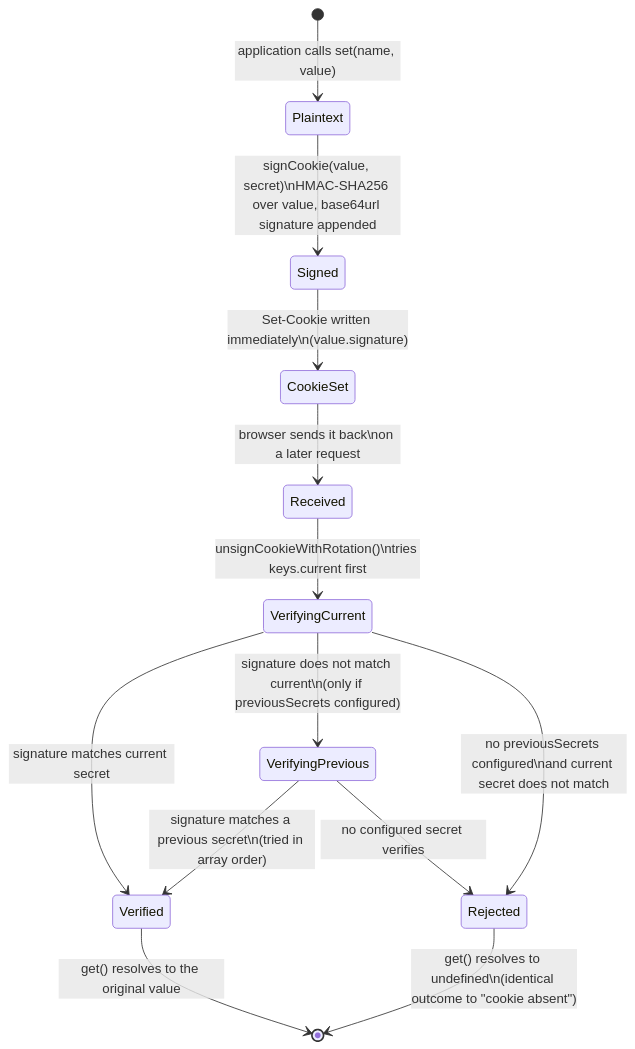
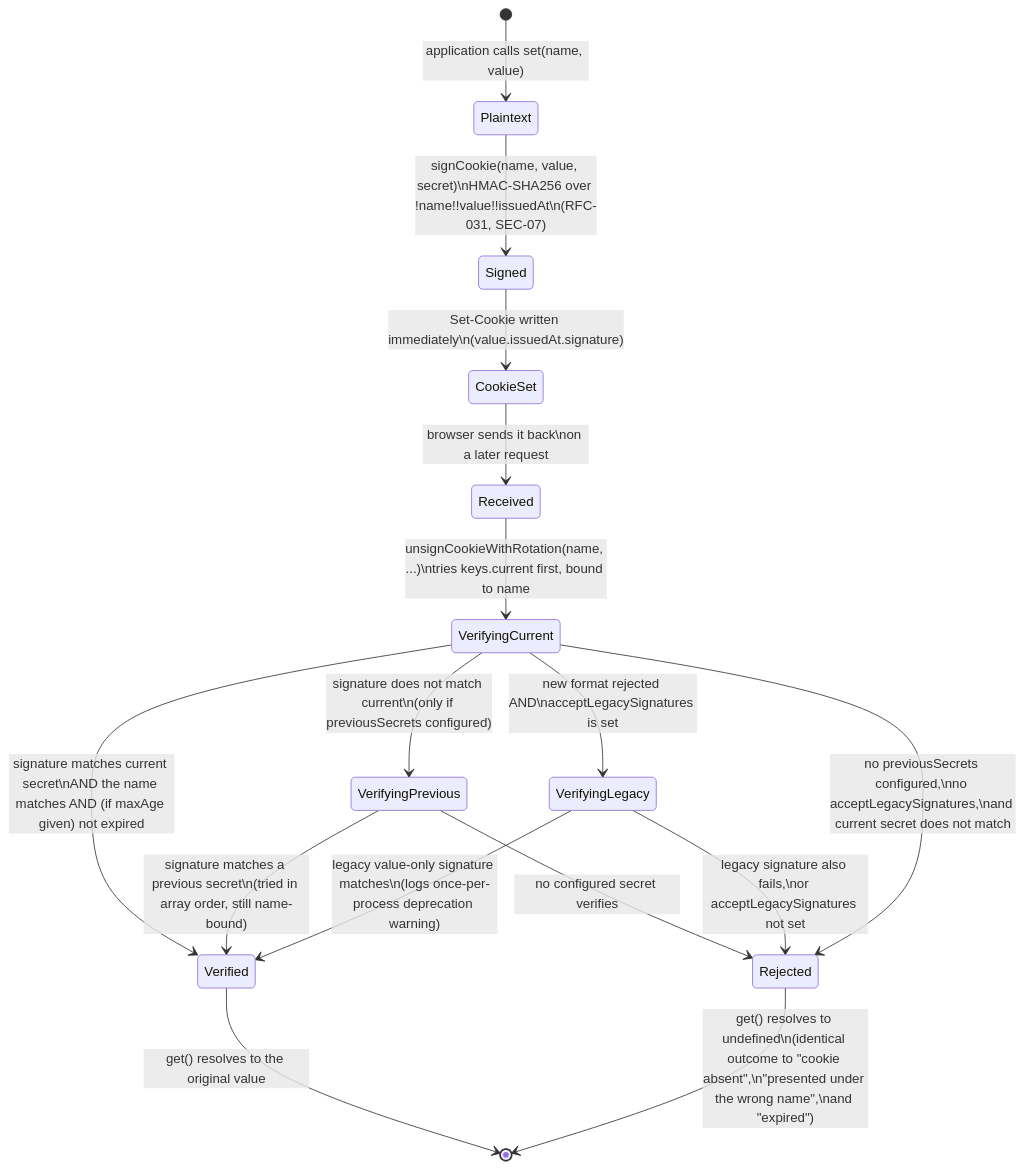
Before and after one commit to 0xTanzim/nextRush: the third of 4 diagrams in packages/middleware/cookies/ARCHITECTURE.md, drawn with Mermaid. The commit also changed other lines of this file and 32 other files, not shown here.

First line of the commit message:
fix(cookies): name-bound signing, secure:'auto' default, publicSuffixList (SEC-07/08/18)

````diff
--- a/packages/middleware/cookies/ARCHITECTURE.md
+++ b/packages/middleware/cookies/ARCHITECTURE.md
@@ -148,21 +178,25 @@
 ```mermaid
 stateDiagram-v2
     [*] --> Plaintext: application calls set(name, value)
 
-    Plaintext --> Signed: signCookie(value, secret)\nHMAC-SHA256 over value, base64url signature appended
-    Signed --> CookieSet: Set-Cookie written immediately\n(value.signature)
+    Plaintext --> Signed: signCookie(name, value, secret)\nHMAC-SHA256 over <len>!name!<len>!value!<len>!issuedAt\n(RFC-031, SEC-07)
+    Signed --> CookieSet: Set-Cookie written immediately\n(value.issuedAt.signature)
 
     CookieSet --> Received: browser sends it back\non a later request
 
-    Received --> VerifyingCurrent: unsignCookieWithRotation()\ntries keys.current first
-    VerifyingCurrent --> Verified: signature matches current secret
+    Received --> VerifyingCurrent: unsignCookieWithRotation(name, ...)\ntries keys.current first, bound to name
+    VerifyingCurrent --> Verified: signature matches current secret\nAND the name matches AND (if maxAge given) not expired
     VerifyingCurrent --> VerifyingPrevious: signature does not match current\n(only if previousSecrets configured)
 
-    VerifyingPrevious --> Verified: signature matches a previous secret\n(tried in array order)
+    VerifyingPrevious --> Verified: signature matches a previous secret\n(tried in array order, still name-bound)
     VerifyingPrevious --> Rejected: no configured secret verifies
 
-    VerifyingCurrent --> Rejected: no previousSecrets configured\nand current secret does not match
+    VerifyingCurrent --> VerifyingLegacy: new format rejected AND\nacceptLegacySignatures is set
+    VerifyingLegacy --> Verified: legacy value-only signature matches\n(logs once-per-process deprecation warning)
+    VerifyingLegacy --> Rejected: legacy signature also fails,\nor acceptLegacySignatures not set
+
+    VerifyingCurrent --> Rejected: no previousSecrets configured,\nno acceptLegacySignatures,\nand current secret does not match
 
     Verified --> [*]: get() resolves to the original value
-    Rejected --> [*]: get() resolves to undefined\n(identical outcome to "cookie absent")
+    Rejected --> [*]: get() resolves to undefined\n(identical outcome to "cookie absent",\n"presented under the wrong name",\nand "expired")
 ```
````
